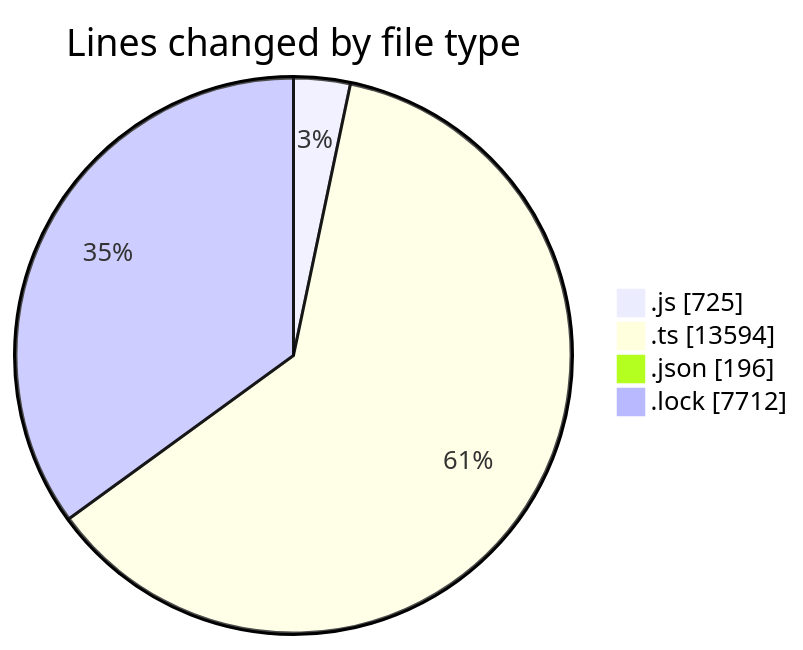
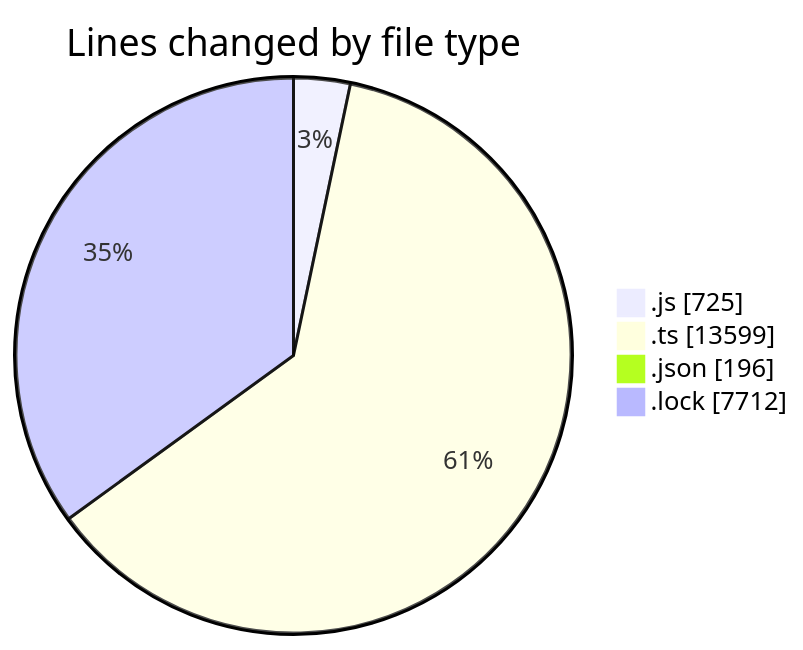
Before and after one commit to momahboobian/code-tracking: the first of 2 diagrams in 2025-05-29/cda/README.md, drawn with Mermaid. The commit also changed other lines of this file and 1 other file, not shown here.

````diff
--- a/2025-05-29/cda/README.md
+++ b/2025-05-29/cda/README.md
@@ -36,8 +36,8 @@
 ```mermaid
 pie showData
 title Lines changed by file type
 ".js" : 725
-".ts" : 13594
+".ts" : 13599
 ".json" : 196
 ".lock" : 7712
 ```
````
